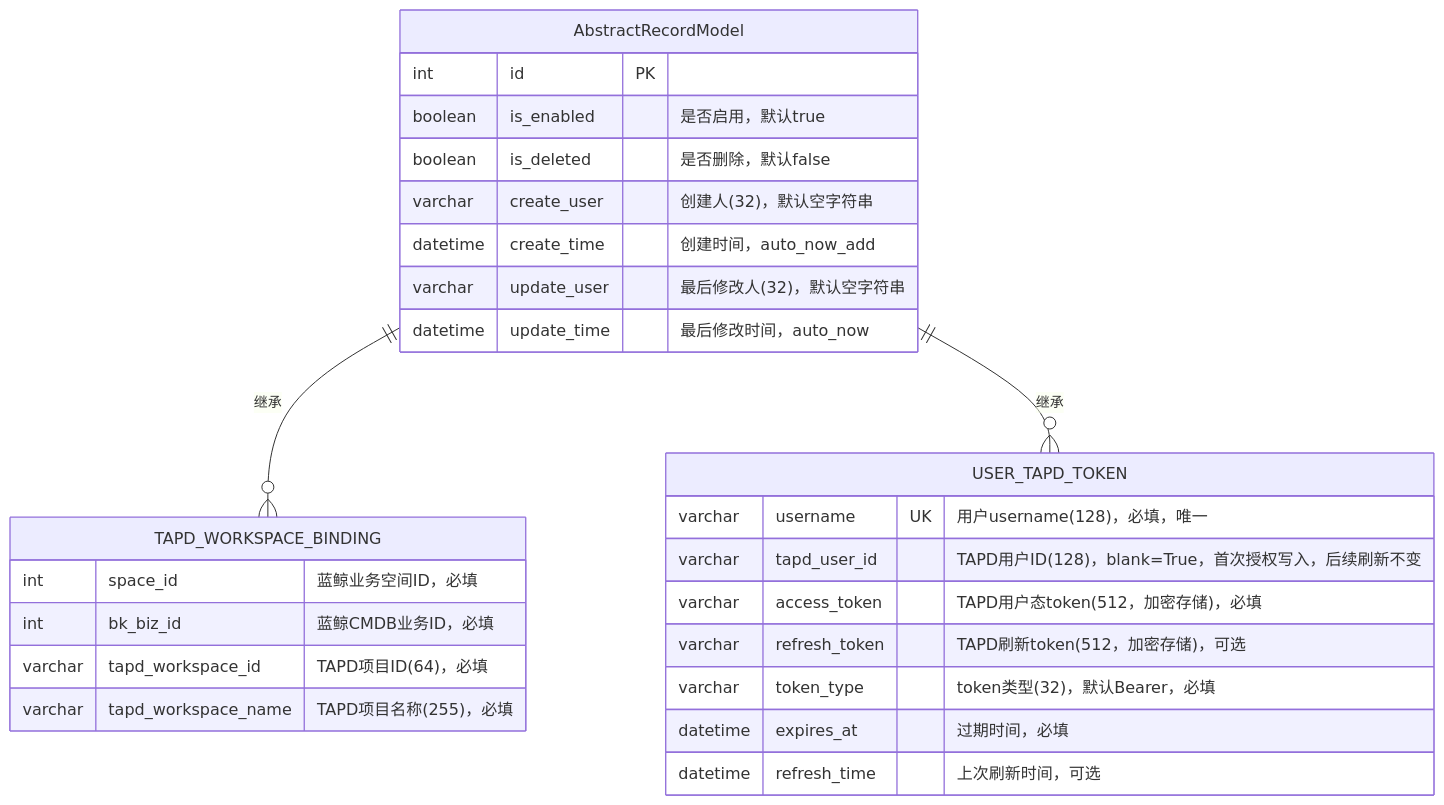
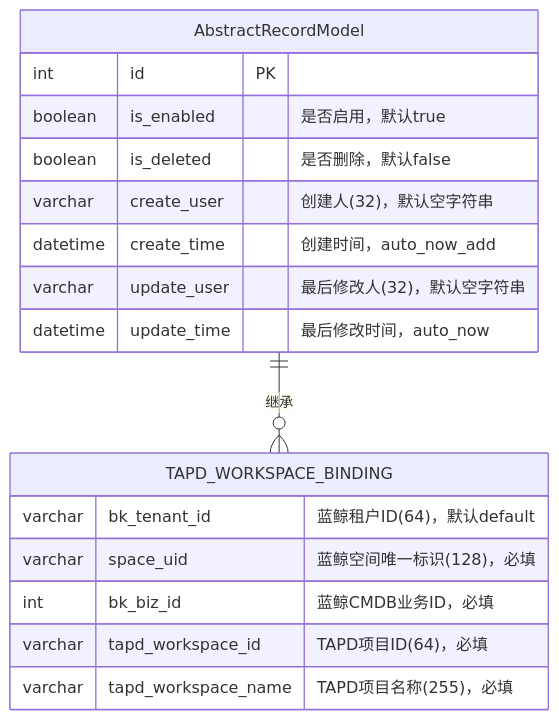
One commit to HACK-WU/bk-monitor-wiki changed the first of 5 diagrams in requirements/integration/2026-06-15-TAPD授权与建单/data-flow-model.md. Above: the diagram before and after it, drawn with Mermaid. The commit also changed other lines of this file and 34 other files, not shown here.

````diff
--- a/requirements/integration/2026-06-15-TAPD授权与建单/data-flow-model.md
+++ b/requirements/integration/2026-06-15-TAPD授权与建单/data-flow-model.md
@@ -32,32 +41,22 @@
 ```mermaid
 erDiagram
     AbstractRecordModel ||--o{ TAPD_WORKSPACE_BINDING : "继承"
-    AbstractRecordModel ||--o{ USER_TAPD_TOKEN : "继承"
 
     AbstractRecordModel {
         int id PK
         boolean is_enabled "是否启用，默认true"
         boolean is_deleted "是否删除，默认false"
         varchar create_user "创建人(32)，默认空字符串"
         datetime create_time "创建时间，auto_now_add"
         varchar update_user "最后修改人(32)，默认空字符串"
         datetime update_time "最后修改时间，auto_now"
     }
 
     TAPD_WORKSPACE_BINDING {
-        int space_id "蓝鲸业务空间ID，必填"
+        varchar bk_tenant_id "蓝鲸租户ID(64)，默认default"
+        varchar space_uid "蓝鲸空间唯一标识(128)，必填"
         int bk_biz_id "蓝鲸CMDB业务ID，必填"
         varchar tapd_workspace_id "TAPD项目ID(64)，必填"
         varchar tapd_workspace_name "TAPD项目名称(255)，必填"
     }
-
-    USER_TAPD_TOKEN {
-        varchar username UK "用户username(128)，必填，唯一"
-        varchar tapd_user_id "TAPD用户ID(128)，blank=True，首次授权写入，后续刷新不变"
-        varchar access_token "TAPD用户态token(512，加密存储)，必填"
-        varchar refresh_token "TAPD刷新token(512，加密存储)，可选"
-        varchar token_type "token类型(32)，默认Bearer，必填"
-        datetime expires_at "过期时间，必填"
-        datetime refresh_time "上次刷新时间，可选"
-    }
 ```
````
